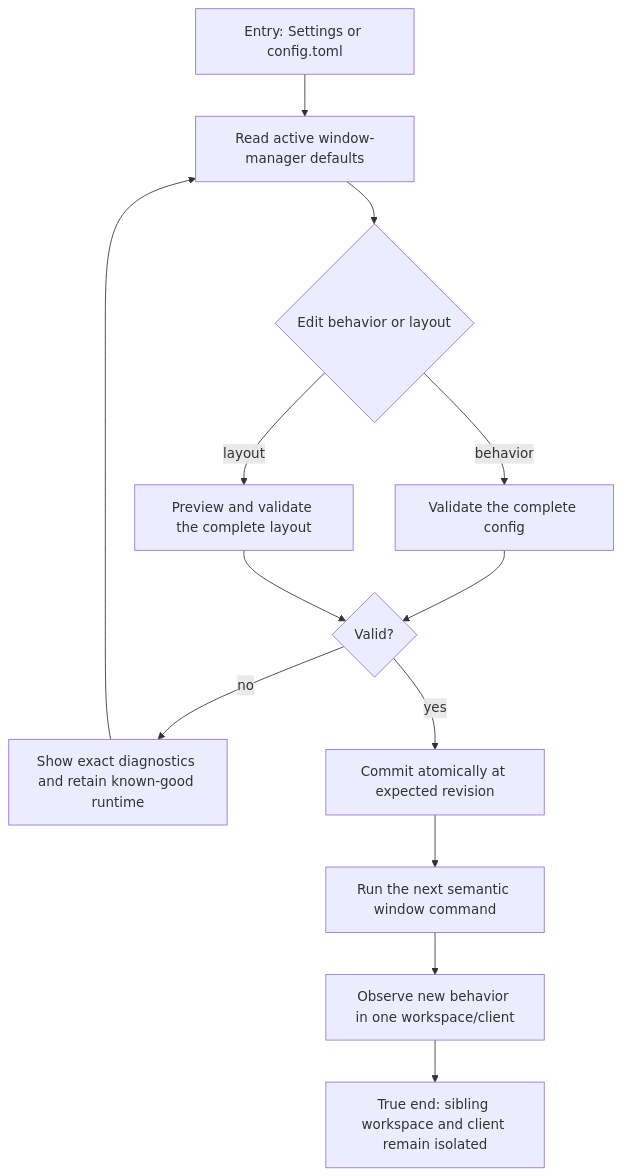
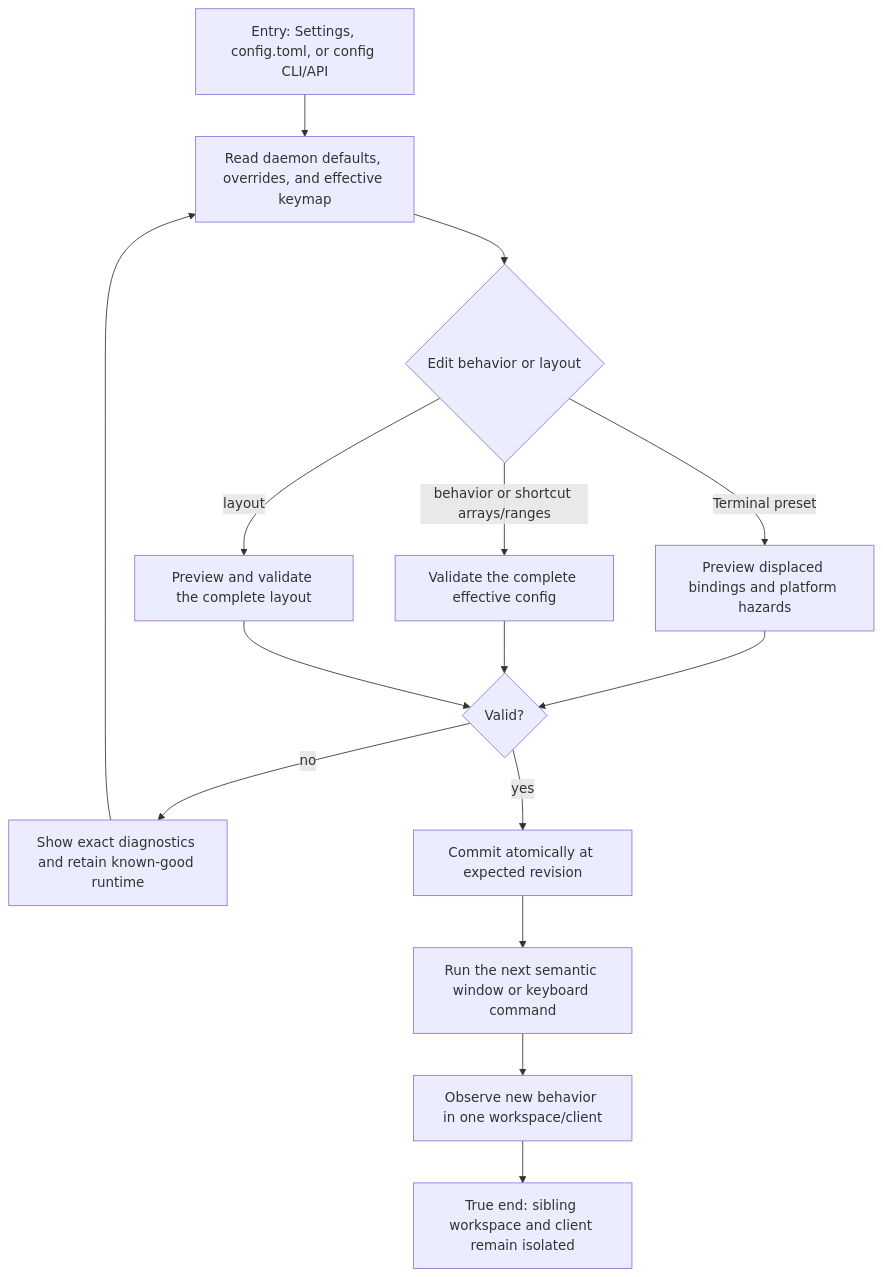
Before and after one commit to compozy/compozy: the diagram in docs/qa/journeys/J-administer-window-manager.md, drawn with Mermaid. The commit also changed other lines of this file and 28 other files, not shown here.

````diff
--- a/docs/qa/journeys/J-administer-window-manager.md
+++ b/docs/qa/journeys/J-administer-window-manager.md
@@ -7,15 +7,17 @@
 ```mermaid
 flowchart TD
-    A[Entry: Settings or config.toml] --> B[Read active window-manager defaults]
+    A[Entry: Settings, config.toml, or config CLI/API] --> B[Read daemon defaults, overrides, and effective keymap]
     B --> C{Edit behavior or layout}
-    C -->|behavior| D[Validate the complete config]
+    C -->|behavior or shortcut arrays/ranges| D[Validate the complete effective config]
     C -->|layout| E[Preview and validate the complete layout]
+    C -->|Terminal preset| P[Preview displaced bindings and platform hazards]
+    P --> F
     D --> F{Valid?}
     E --> F
     F -->|no| G[Show exact diagnostics and retain known-good runtime]
     G --> B
     F -->|yes| H[Commit atomically at expected revision]
-    H --> I[Run the next semantic window command]
+    H --> I[Run the next semantic window or keyboard command]
     I --> J[Observe new behavior in one workspace/client]
     J --> K[True end: sibling workspace and client remain isolated]
 ```
````
